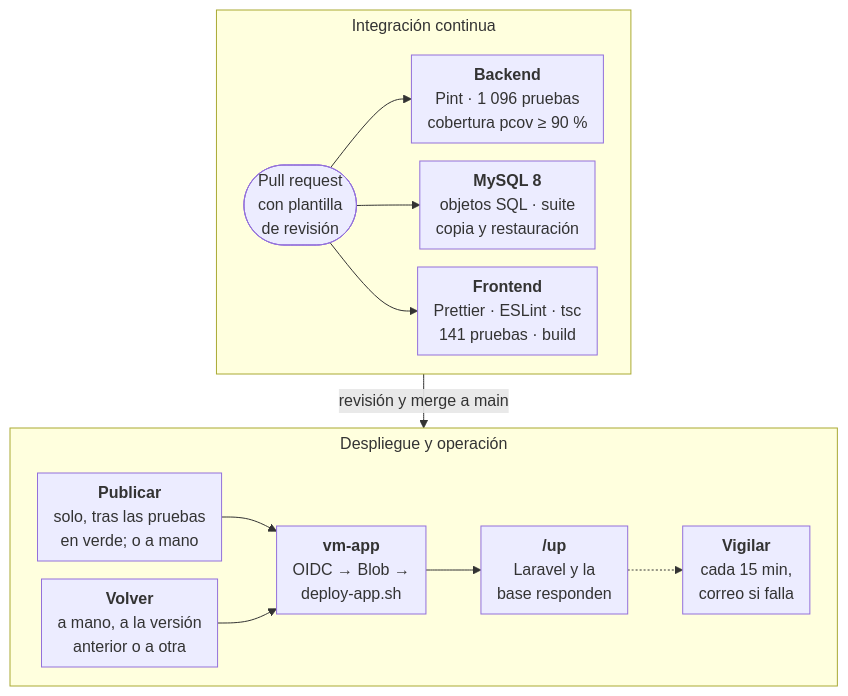
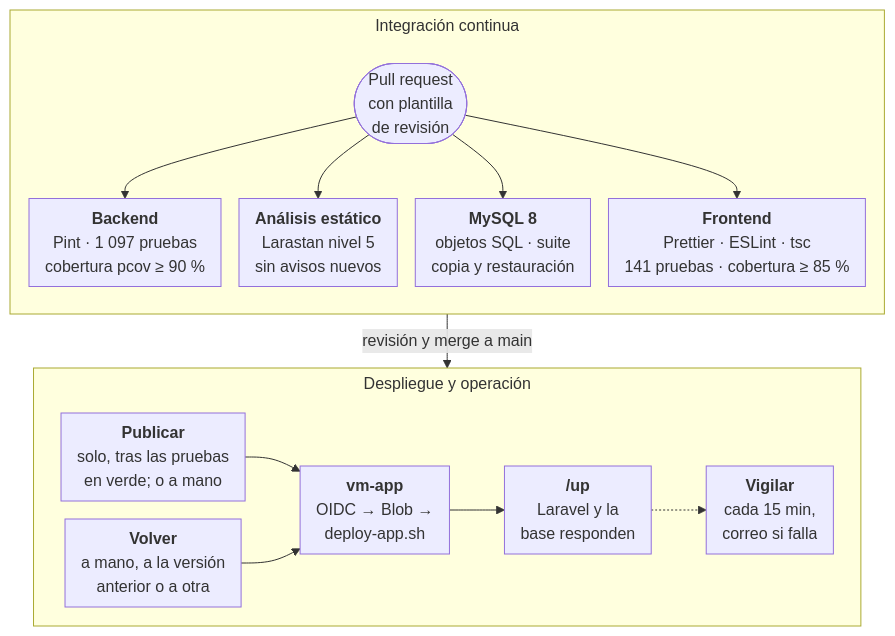
The diagram in docs/entregables/E4-gestion-y-calidad/diagramas/pipeline.mmd (francalizaya266-sudo/venga-implantes), drawn with Mermaid before and after one commit. The commit also changed 5 other files, not shown here.

First line of the commit message:
CE0241/CE0244: E4 con Larastan y la cobertura de la web medidos

```diff
--- a/docs/entregables/E4-gestion-y-calidad/diagramas/pipeline.mmd
+++ b/docs/entregables/E4-gestion-y-calidad/diagramas/pipeline.mmd
@@ -1,22 +1,23 @@
 %%{init: {"flowchart": {"nodeSpacing": 18, "rankSpacing": 30, "padding": 8, "subGraphTitleMargin": {"top": 4, "bottom": 22}, "wrappingWidth": 500}}}%%
 flowchart TB
   subgraph ci["Integración continua"]
-    direction LR
+    direction TB
     dev(["Pull request<br/>con plantilla<br/>de revisión"])
-    be["<b>Backend</b><br/>Pint · 1 096 pruebas<br/>cobertura pcov ≥ 90 %"]
+    be["<b>Backend</b><br/>Pint · 1 097 pruebas<br/>cobertura pcov ≥ 90 %"]
+    an["<b>Análisis estático</b><br/>Larastan nivel 5<br/>sin avisos nuevos"]
     my["<b>MySQL 8</b><br/>objetos SQL · suite<br/>copia y restauración"]
-    fe["<b>Frontend</b><br/>Prettier · ESLint · tsc<br/>141 pruebas · build"]
-    dev --> be & my & fe
+    fe["<b>Frontend</b><br/>Prettier · ESLint · tsc<br/>141 pruebas · cobertura ≥ 85 %"]
+    dev --> be & an & my & fe
   end
   subgraph cdd["Despliegue y operación"]
     direction LR
     pub["<b>Publicar</b><br/>solo, tras las pruebas<br/>en verde; o a mano"]
     vol["<b>Volver</b><br/>a mano, a la versión<br/>anterior o a otra"]
     az["<b>vm-app</b><br/>OIDC → Blob →<br/>deploy-app.sh"]
     up["<b>/up</b><br/>Laravel y la<br/>base responden"]
     vig["<b>Vigilar</b><br/>cada 15 min,<br/>correo si falla"]
     pub --> az
     vol --> az
     az --> up -.-> vig
   end
   ci -->|"revisión y merge a main"| cdd
```
